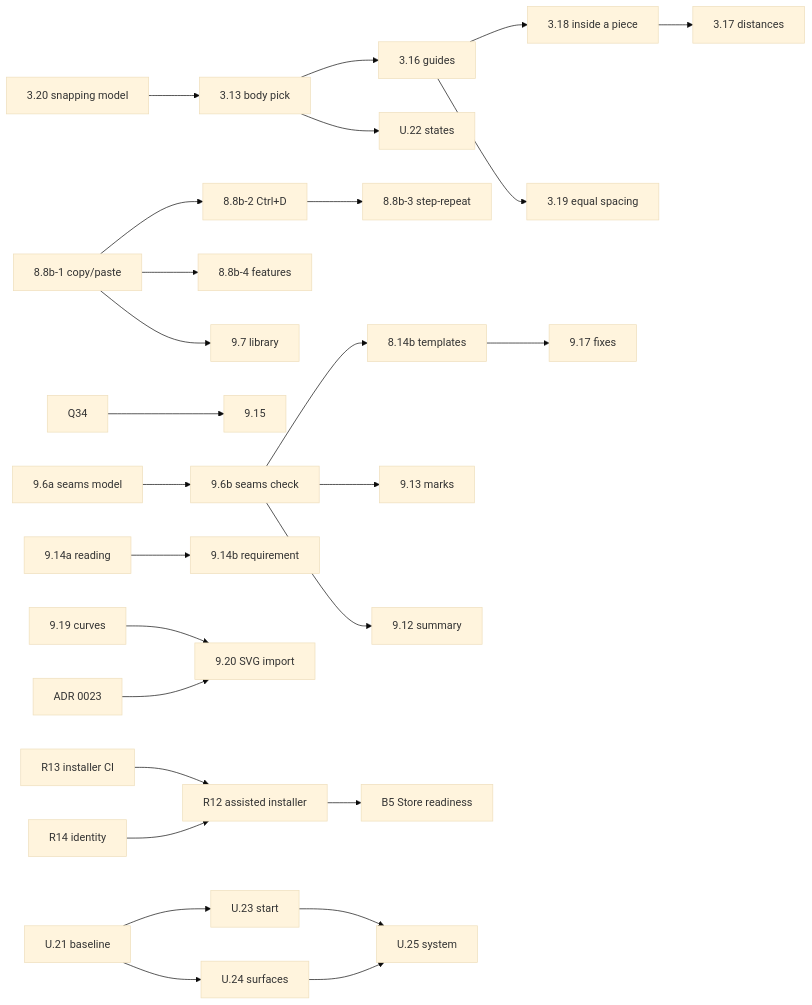
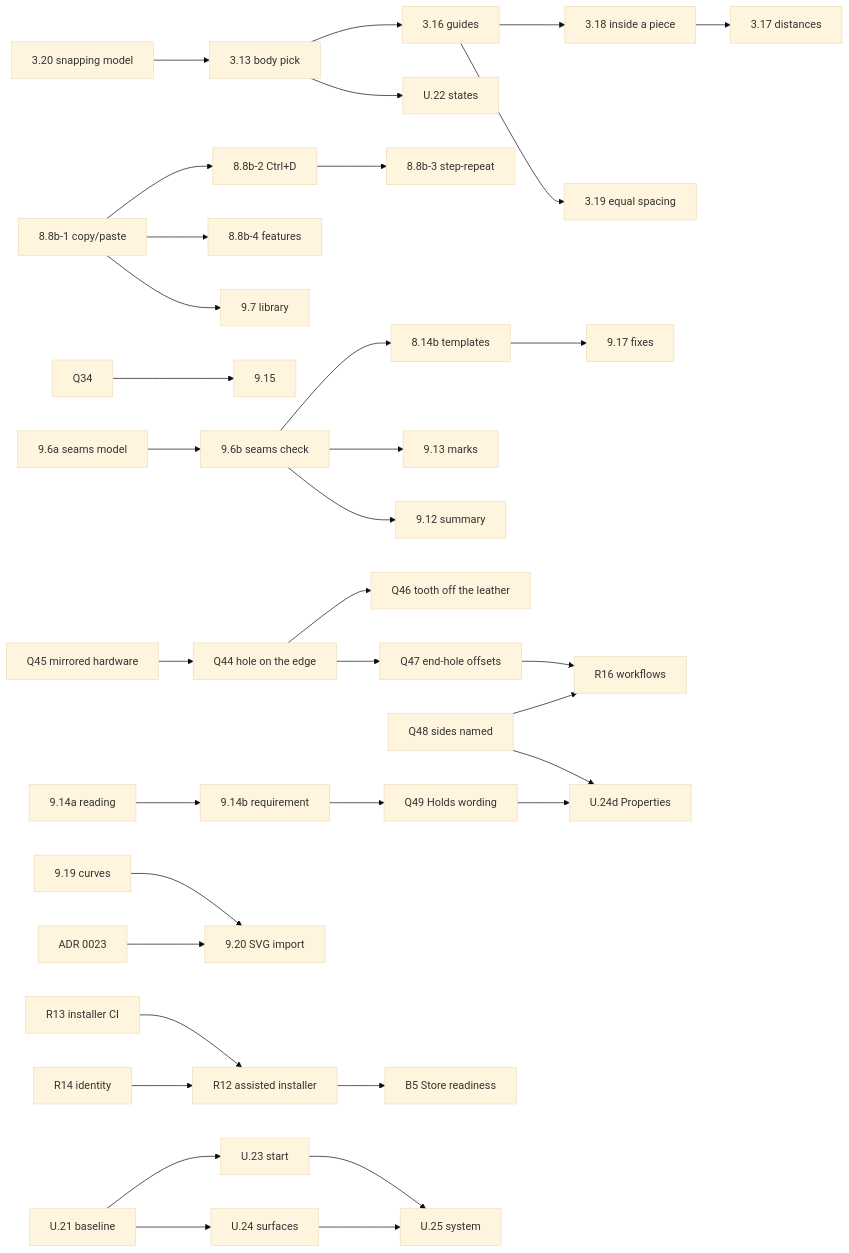
Before and after one commit to crnlsp/leathercad: the diagram in docs/superpowers/plans/2026-11-03-release-1.7.md, drawn with Mermaid (base theme). The commit also changed other lines of this file and 6 other files, not shown here.

First line of the commit message:
docs(roadmap): 1.7 takes six slices from the Smart Features audit

````diff
--- a/docs/superpowers/plans/2026-11-03-release-1.7.md
+++ b/docs/superpowers/plans/2026-11-03-release-1.7.md
@@ -1409,21 +1634,26 @@
 ```mermaid
 flowchart LR
   s320["3.20 snapping model"] --> s313["3.13 body pick"] --> s316["3.16 guides"]
   s313 --> u22["U.22 states"]
   s316 --> s318["3.18 inside a piece"] --> s317["3.17 distances"]
   s316 --> s319["3.19 equal spacing"]
   c1["8.8b-1 copy/paste"] --> c2["8.8b-2 Ctrl+D"] --> c3["8.8b-3 step-repeat"]
   c1 --> c4["8.8b-4 features"]
   c1 --> l97["9.7 library"]
   q34["Q34"] --> f915["9.15"]
   s96a["9.6a seams model"] --> s96b["9.6b seams check"]
   s96b --> t814["8.14b templates"] --> f917["9.17 fixes"]
   s96b --> m913["9.13 marks"]
   s96b --> p912["9.12 summary"]
   p914a["9.14a reading"] --> p914b["9.14b requirement"]
+  q45["Q45 mirrored hardware"] --> q44["Q44 hole on the edge"] --> q46["Q46 tooth off the leather"]
+  q44 --> q47["Q47 end-hole offsets"] --> r16["R16 workflows"]
+  q48["Q48 sides named"] --> r16
+  p914b --> q49["Q49 Holds wording"] --> u24d["U.24d Properties"]
+  q48 --> u24d
   g919["9.19 curves"] --> i920["9.20 SVG import"]
   adr["ADR 0023"] --> i920
   r13["R13 installer CI"] --> r12["R12 assisted installer"] --> b5["B5 Store readiness"]
   r14["R14 identity"] --> r12
   u21["U.21 baseline"] --> u23["U.23 start"] & u24["U.24 surfaces"] --> u25["U.25 system"]
 ```
````
